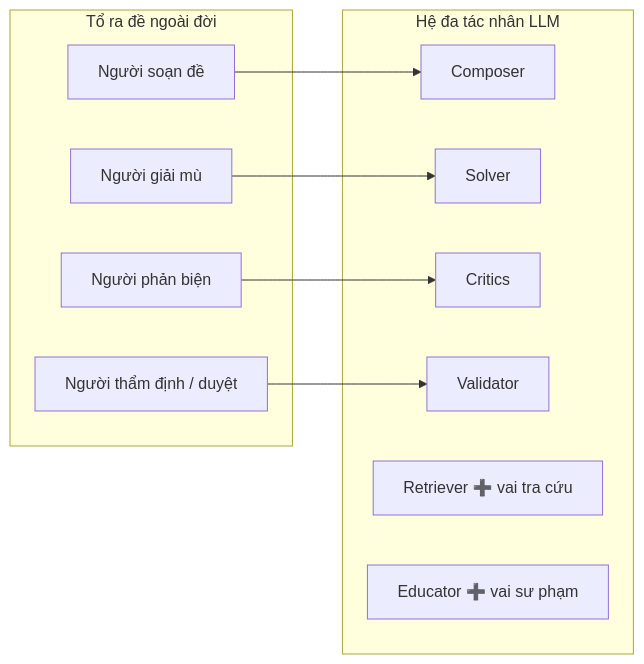
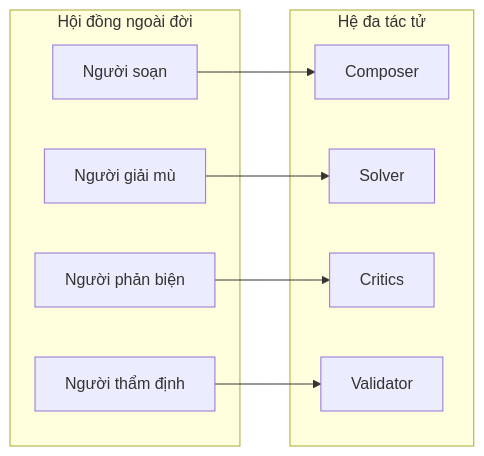
One commit to ndmhuy/ASTRA changed the fifth of 16 diagrams in docs/ct-slide-plan.md. Above: the diagram before and after it, drawn with Mermaid. The commit also changed other lines of this file and 1 other file, not shown here.

````diff
--- a/docs/ct-slide-plan.md
+++ b/docs/ct-slide-plan.md
@@ -291,21 +239,19 @@
 ```mermaid
 flowchart LR
-    subgraph R["Tổ ra đề ngoài đời"]
-        r1["Người soạn đề"]
+    subgraph R["Hội đồng ngoài đời"]
+        r1["Người soạn"]
         r2["Người giải mù"]
         r3["Người phản biện"]
-        r4["Người thẩm định / duyệt"]
+        r4["Người thẩm định"]
     end
-    subgraph S["Hệ đa tác nhân LLM"]
+    subgraph S["Hệ đa tác tử"]
         a1["Composer"]
         a2["Solver"]
         a3["Critics"]
         a4["Validator"]
-        a5["Retriever ➕ vai tra cứu"]
-        a6["Educator ➕ vai sư phạm"]
     end
     r1 --> a1
     r2 --> a2
     r3 --> a3
     r4 --> a4
 ```
````
